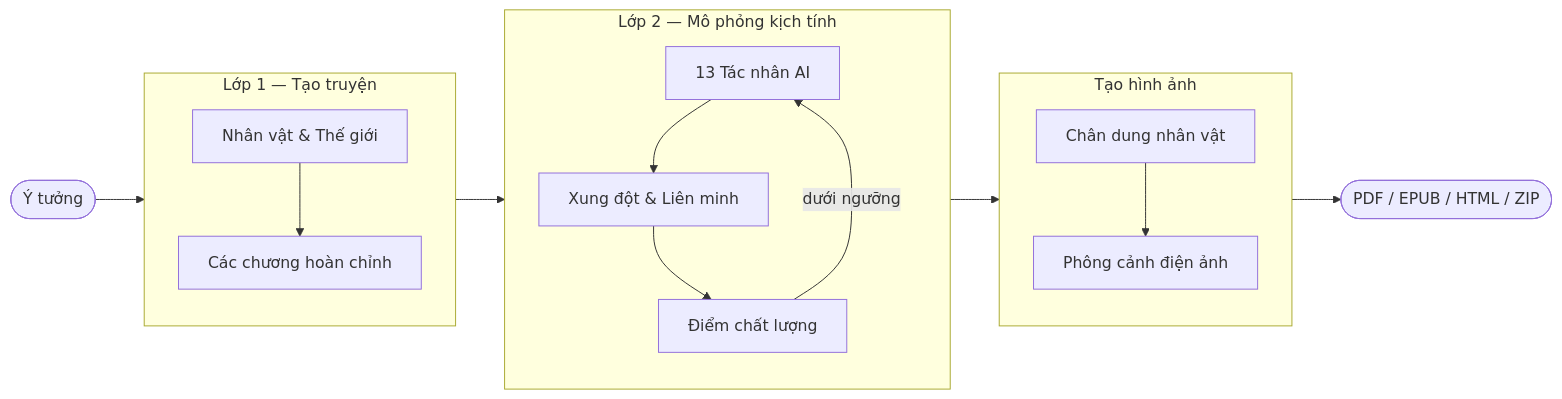
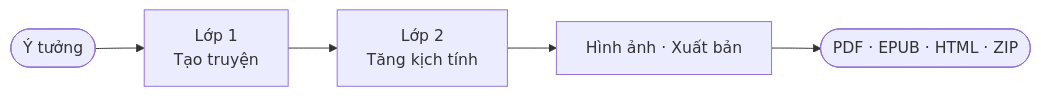
Before and after one commit to HieuNTg/STORYFORGE: the diagram in README.vi.md, drawn with Mermaid. The commit also changed other lines of this file and 2 other files, not shown here.

Commit message:
docs: sync pipeline flow with actual orchestrator
- Slim README.md + README.vi.md to a 4-node mermaid diagram with link to full architecture doc
- Expand docs/system-architecture.md with full pre-flight → L1 → structural rewrite → L2 → post flow, L1↔L2 signals, retry/rewrite loops, and failure semantics as implemented in pipeline/orchestrator_layers.py

````diff
--- a/README.vi.md
+++ b/README.vi.md
@@ -256,27 +236,7 @@
 ```mermaid
 flowchart LR
-    idea([Ý tưởng]) --> L1
-
-    subgraph L1 [Lớp 1 — Tạo truyện]
-        direction TB
-        chars[Nhân vật & Thế giới] --> chapters[Các chương hoàn chỉnh]
-    end
-
-    L1 --> L2
-
-    subgraph L2 [Lớp 2 — Mô phỏng kịch tính]
-        direction TB
-        agents[13 Tác nhân AI] --> conflicts[Xung đột & Liên minh]
-        conflicts --> score[Điểm chất lượng]
-        score -- dưới ngưỡng --> agents
-    end
-
-    L2 --> IMG
-
-    subgraph IMG [Tạo hình ảnh]
-        direction TB
-        portraits[Chân dung nhân vật] --> scenes[Phông cảnh điện ảnh]
-    end
-
-    IMG --> export([PDF / EPUB / HTML / ZIP])
+    idea([Ý tưởng]) --> L1[Lớp 1<br/>Tạo truyện]
+    L1 --> L2[Lớp 2<br/>Tăng kịch tính]
+    L2 --> media[Hình ảnh · Xuất bản]
+    media --> out([PDF · EPUB · HTML · ZIP])
 ```
````
